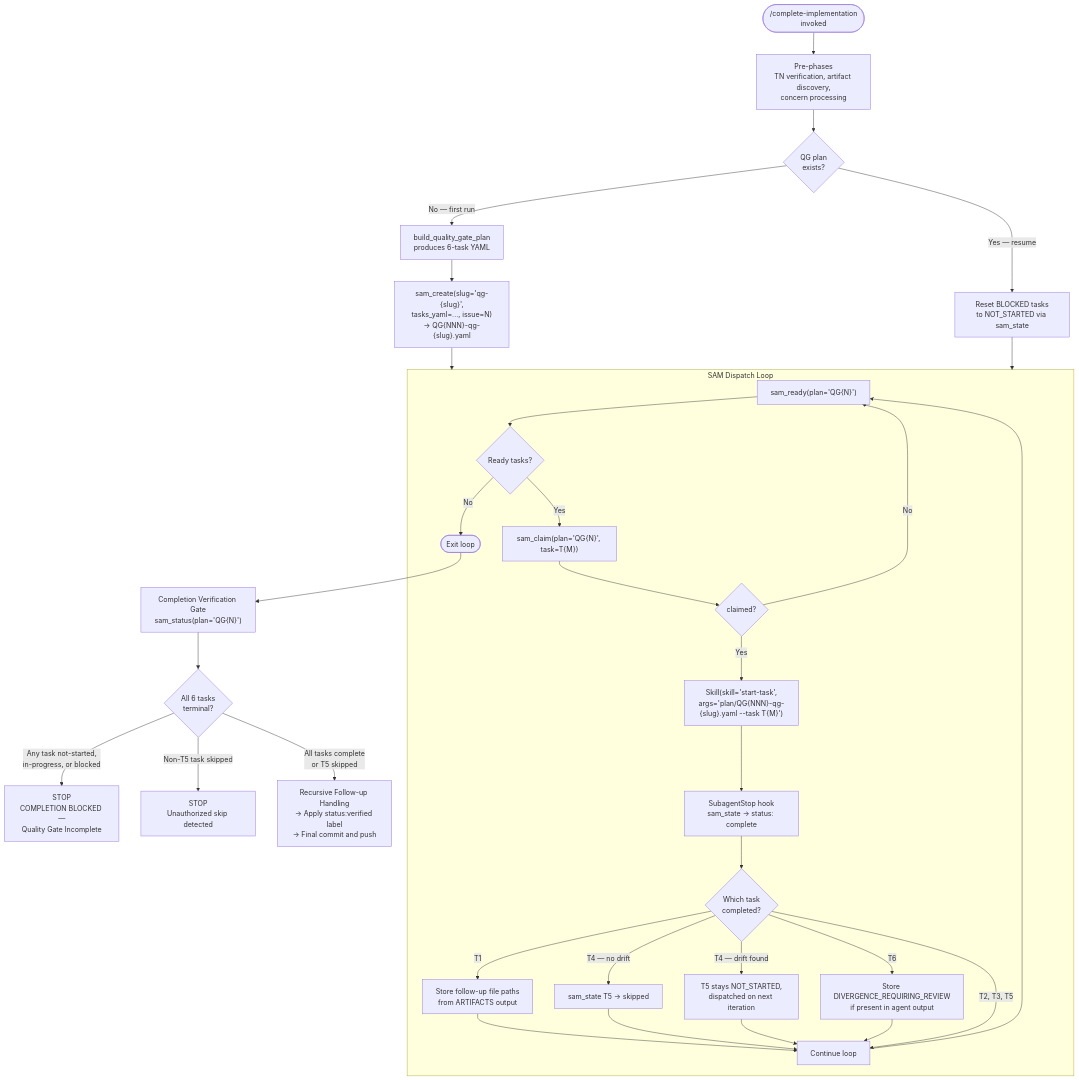
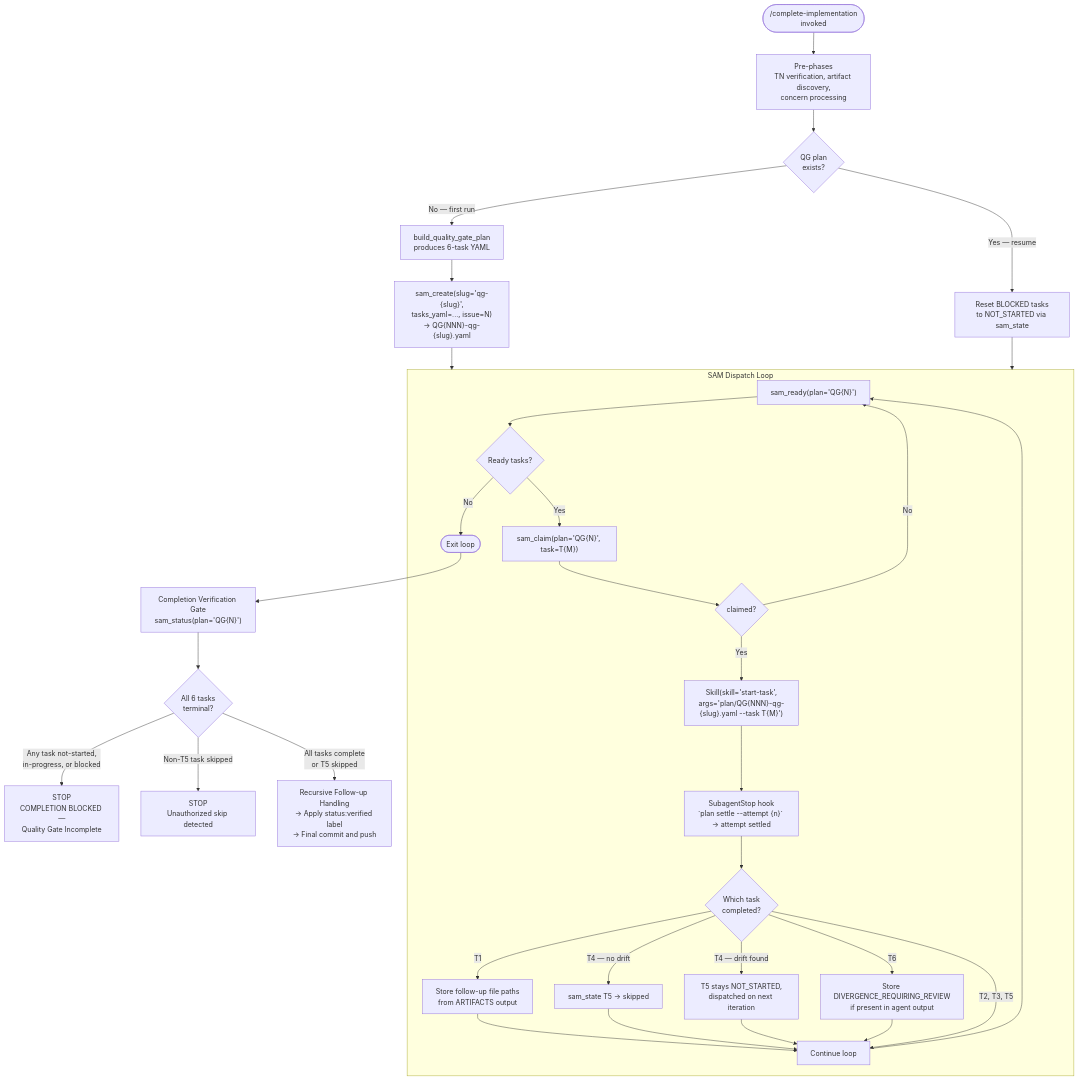
Before and after one commit to Jamie-BitFlight/claude_skills: the fourth of 4 diagrams in .claude/docs/workflow-architecture-diagram.md, drawn with Mermaid. The commit also changed other lines of this file and 12 other files, not shown here.

````diff
--- a/.claude/docs/workflow-architecture-diagram.md
+++ b/.claude/docs/workflow-architecture-diagram.md
@@ -383,37 +381,37 @@
 ```mermaid
 flowchart TD
     Start(["/complete-implementation<br>invoked"]) --> PrePhase["Pre-phases<br>TN verification, artifact discovery,<br>concern processing"]
     PrePhase --> CheckQG{QG plan<br>exists?}
     CheckQG -->|"No — first run"| GenYAML["build_quality_gate_plan<br>produces 6-task YAML"]
     GenYAML --> CreatePlan["sam_create(slug='qg-{slug}',<br>tasks_yaml=..., issue=N)<br>→ QG{NNN}-qg-{slug}.yaml"]
     CheckQG -->|"Yes — resume"| ResetBlocked["Reset BLOCKED tasks<br>to NOT_STARTED via sam_state"]
     CreatePlan --> DispatchLoop
     ResetBlocked --> DispatchLoop
 
     subgraph DispatchLoop [SAM Dispatch Loop]
         Ready["sam_ready(plan='QG{N}')"] --> AnyReady{Ready tasks?}
         AnyReady -->|No| ExitLoop([Exit loop])
         AnyReady -->|Yes| Claim["sam_claim(plan='QG{N}', task=T{M})"]
         Claim --> ClaimedOK{claimed?}
         ClaimedOK -->|No| Ready
         ClaimedOK -->|Yes| Dispatch["Skill(skill='start-task',<br>args='plan/QG{NNN}-qg-{slug}.yaml --task T{M}')"]
-        Dispatch --> Hook["SubagentStop hook<br>sam_state → status: complete"]
+        Dispatch --> Hook["SubagentStop hook<br>`plan settle --attempt {n}` → attempt settled"]
         Hook --> PostDispatch{Which task<br>completed?}
         PostDispatch -->|T1| StoreFollowups["Store follow-up file paths<br>from ARTIFACTS output"]
         PostDispatch -->|"T4 — no drift"| SkipT5["sam_state T5 → skipped"]
         PostDispatch -->|"T4 — drift found"| T5Ready["T5 stays NOT_STARTED,<br>dispatched on next iteration"]
         PostDispatch -->|T6| StoreDiv["Store DIVERGENCE_REQUIRING_REVIEW<br>if present in agent output"]
         PostDispatch -->|T2, T3, T5| NextIter["Continue loop"]
         StoreFollowups --> NextIter
         SkipT5 --> NextIter
         T5Ready --> NextIter
         StoreDiv --> NextIter
         NextIter --> Ready
     end
 
     ExitLoop --> VGate["Completion Verification Gate<br>sam_status(plan='QG{N}')"]
     VGate --> VerifyAll{All 6 tasks<br>terminal?}
     VerifyAll -->|"Any task not-started,<br>in-progress, or blocked"| BlockFail["STOP<br>COMPLETION BLOCKED —<br>Quality Gate Incomplete"]
     VerifyAll -->|"Non-T5 task skipped"| BlockUnauth["STOP<br>Unauthorized skip detected"]
     VerifyAll -->|"All tasks complete<br>or T5 skipped"| PostLoop["Recursive Follow-up Handling<br>→ Apply status:verified label<br>→ Final commit and push"]
 ```
````
